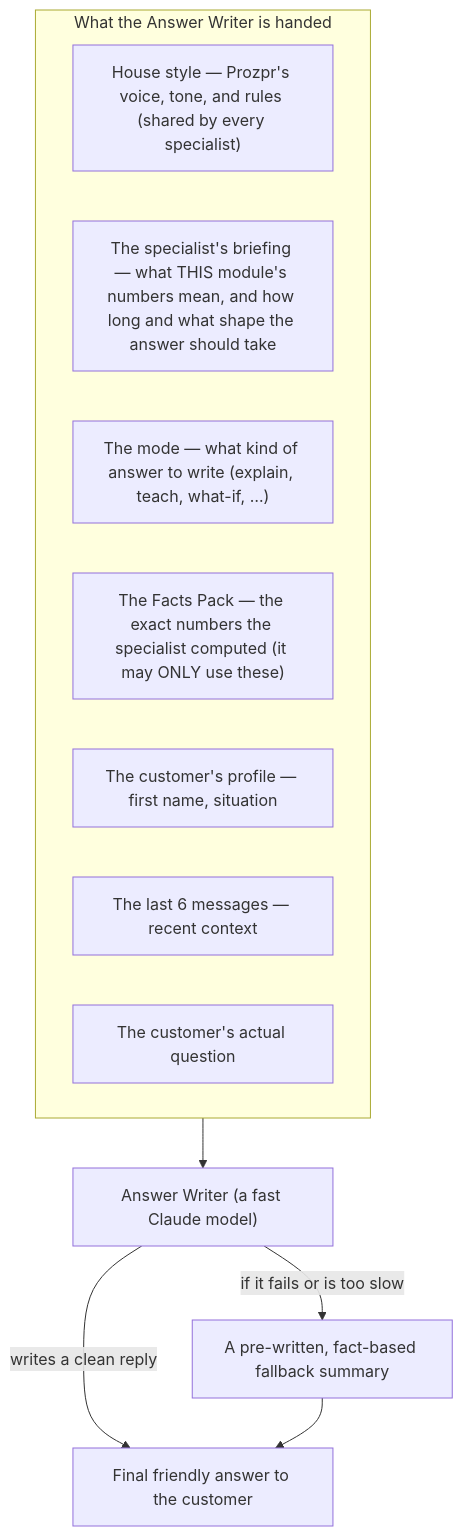
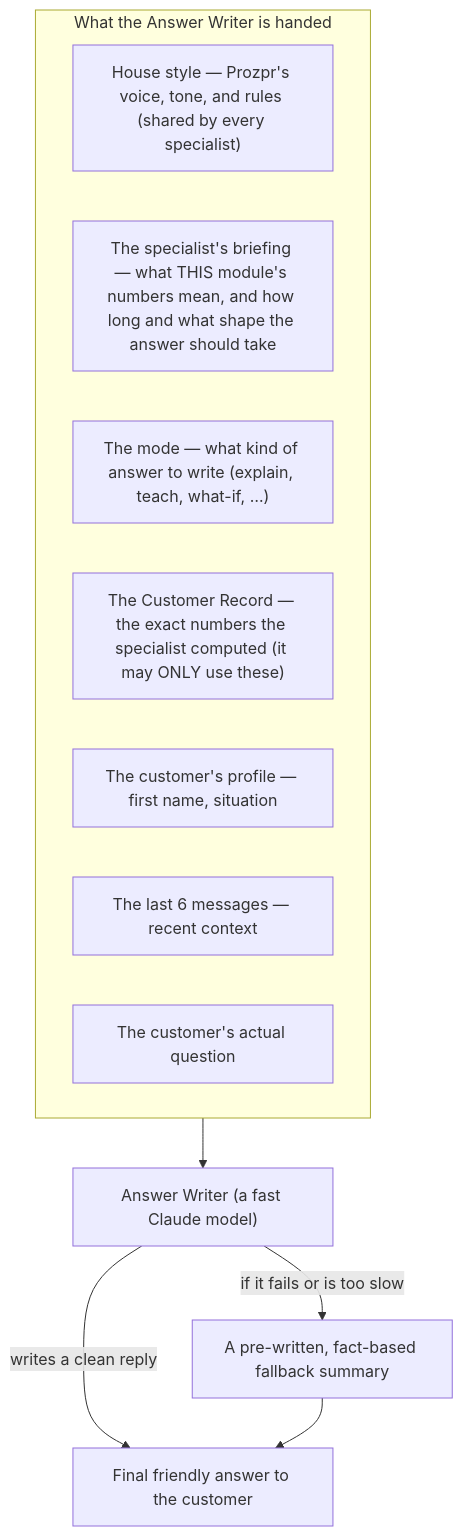
The third of 5 diagrams in AI_Agents/Reference_docs/Tech_reference_docs/CHAT_FLOW.md (tilly5317-lab/Prozpr_Backend), drawn with Mermaid before and after one commit. The commit also changed other lines of this file and 29 other files, not shown here.

````diff
--- a/AI_Agents/Reference_docs/Tech_reference_docs/CHAT_FLOW.md
+++ b/AI_Agents/Reference_docs/Tech_reference_docs/CHAT_FLOW.md
@@ -208,16 +206,16 @@
 ```mermaid
 flowchart TD
     subgraph IN["What the Answer Writer is handed"]
       P1["House style — Prozpr's voice, tone, and rules (shared by every specialist)"]
       P0["The specialist's briefing — what THIS module's numbers mean, and how long and what shape the answer should take"]
       P6["The mode — what kind of answer to write (explain, teach, what-if, …)"]
-      P2["The Facts Pack — the exact numbers the specialist computed (it may ONLY use these)"]
+      P2["The Customer Record — the exact numbers the specialist computed (it may ONLY use these)"]
       P3["The customer's profile — first name, situation"]
       P4["The last 6 messages — recent context"]
       P5["The customer's actual question"]
     end
     IN --> W["Answer Writer (a fast Claude model)"]
     W -->|"writes a clean reply"| R["Final friendly answer to the customer"]
     W -->|"if it fails or is too slow"| FB["A pre-written, fact-based fallback summary"]
     FB --> R
 ```
````
